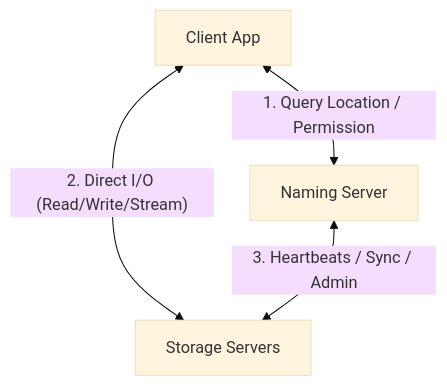
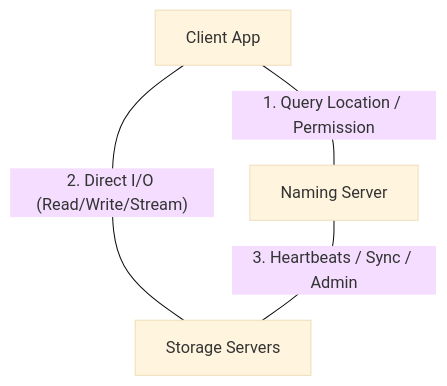
Before and after one commit to VishalPatel916/Distributed-Document-System: the diagram in README.md, drawn with Mermaid (base theme).

Commit message:
Change Mermaid arrows to standard links for compatibility

````diff
--- a/README.md
+++ b/README.md
@@ -11,6 +11,6 @@
 ```mermaid
 graph TD
-    Client["Client App"] <-->|"1. Query Location / Permission"| NM["Naming Server"]
-    Client <-->|"2. Direct I/O (Read/Write/Stream)"| SS["Storage Servers"]
-    NM <-->|"3. Heartbeats / Sync / Admin"| SS
+    Client["Client App"] ---|"1. Query Location / Permission"| NM["Naming Server"]
+    Client ---|"2. Direct I/O (Read/Write/Stream)"| SS["Storage Servers"]
+    NM ---|"3. Heartbeats / Sync / Admin"| SS
 ```
````
